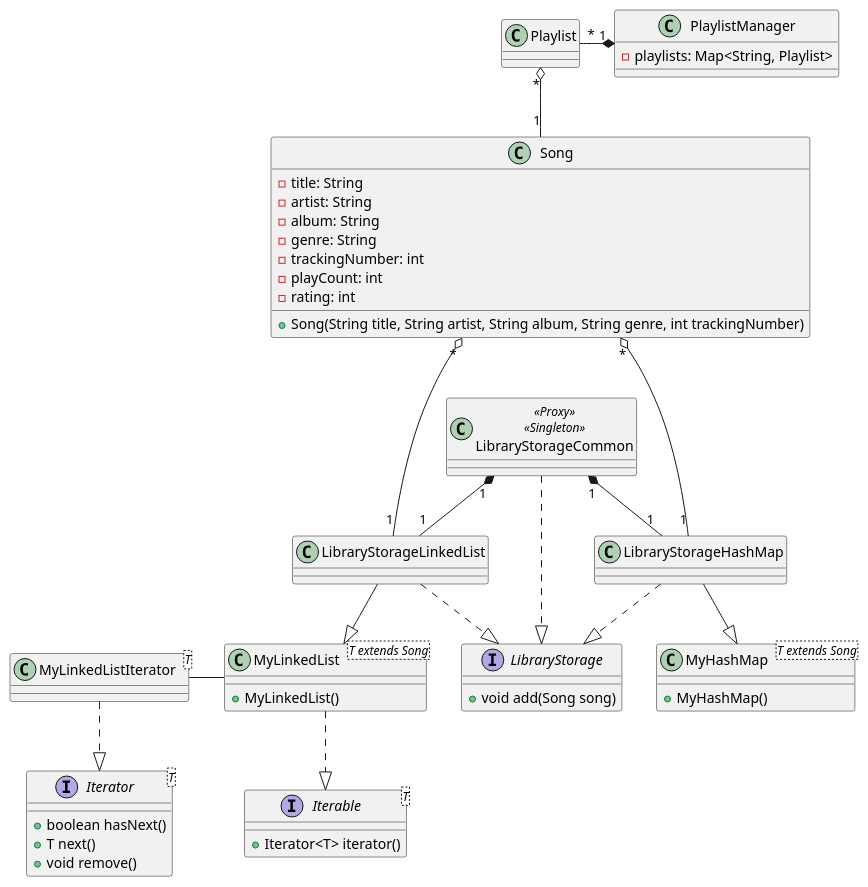
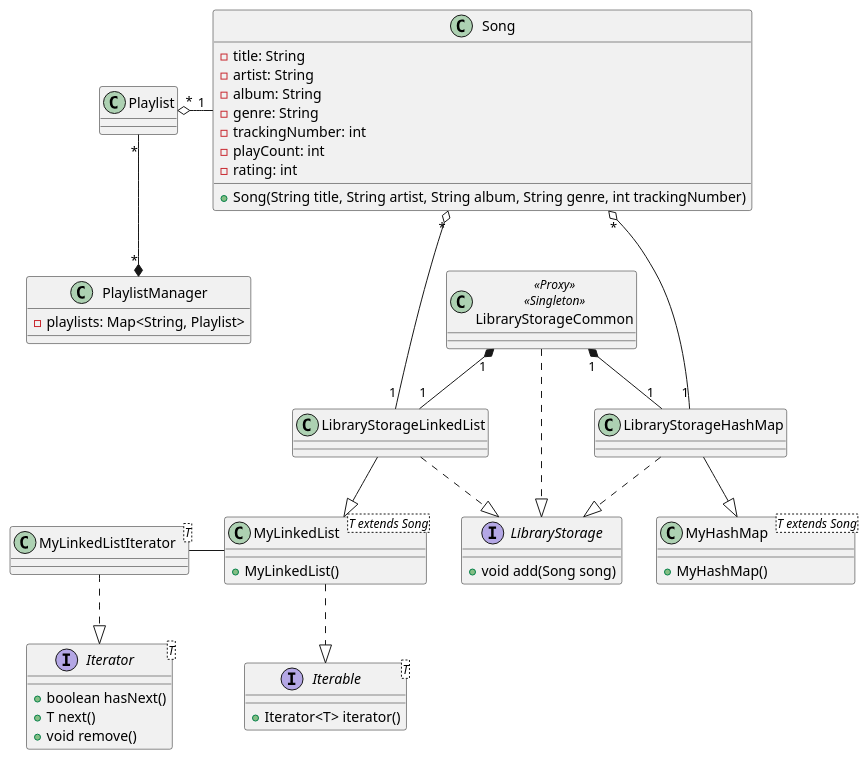
The diagram in uml/library.puml (sinux-l5d/music-manager), drawn with PlantUML before and after one commit.

Commit message:
doc: rearange uml

```diff
--- a/uml/library.puml
+++ b/uml/library.puml
@@ -1,75 +1,75 @@
 @startuml
 
 'Relationships
 LibraryStorageCommon "1" *-- "1" LibraryStorageLinkedList
 LibraryStorageCommon "1" *-- "1" LibraryStorageHashMap
 LibraryStorageCommon ..|> LibraryStorage
 
 MyLinkedListIterator - MyLinkedList
 MyLinkedListIterator ..|> Iterator
 MyLinkedList ..|> Iterable
 
+Playlist "*" --* "*" PlaylistManager
+Playlist "*" o- "1" Song
+
 LibraryStorageHashMap ..|> LibraryStorage
 LibraryStorageHashMap --|> MyHashMap
-Song "*" o- "1" LibraryStorageHashMap
+Song "*" o--- "1" LibraryStorageHashMap
 
 LibraryStorageLinkedList ..|> LibraryStorage
 LibraryStorageLinkedList --|> MyLinkedList
 Song "*" o--- "1" LibraryStorageLinkedList
 
 class LibraryStorageCommon <<Proxy>> <<Singleton>>
 
 interface LibraryStorage {
     + void add(Song song)
 }
 
 'Linked list
 class LibraryStorageLinkedList
 
 class MyLinkedList<T extends Song> {
     + MyLinkedList()
 }
 
 class MyLinkedListIterator<T>
 
 interface Iterable<T> {
     + Iterator<T> iterator()
 }
 
 interface Iterator<T> {
     + boolean hasNext()
     + T next()
     + void remove()
 }
 
 'Hash map
 
 class LibraryStorageHashMap
 
 class MyHashMap<T extends Song> {
     + MyHashMap()
 }
 
 'Song
 
 class Song {
     - title: String
     - artist: String
     - album: String
     - genre: String
     - trackingNumber: int
     - playCount: int
     - rating: int
     + Song(String title, String artist, String album, String genre, int trackingNumber)
 }
 
 'Playlists
 
-Playlist "*" -* "1" PlaylistManager
-Playlist "*" o-- "1" Song
-
 class PlaylistManager {
     - playlists: Map<String, Playlist>
 }
 
 @enduml
```
